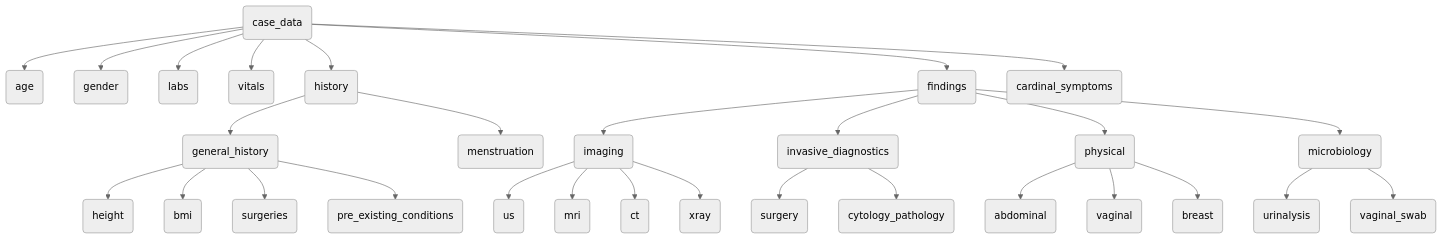
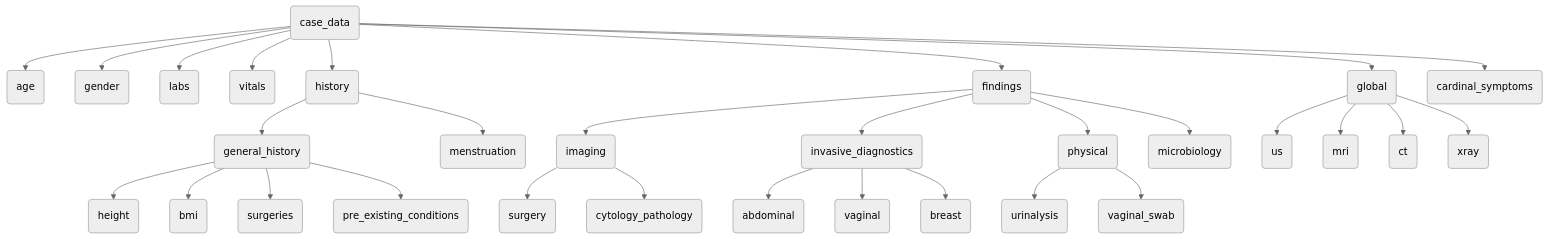
One commit to jan-cieslik/clinicedge_docs changed the diagram in docs/Database_Structure/3_2_2_case_templates.md. Above: the diagram before and after it, drawn with Mermaid (neutral theme). The commit also changed other lines of this file and 2 other files, not shown here.

````diff
--- a/docs/Database_Structure/3_2_2_case_templates.md
+++ b/docs/Database_Structure/3_2_2_case_templates.md
@@ -58,31 +58,32 @@
 ```mermaid
 graph TD 
     A(case_data) --> B(age) 
     A --> C(gender) 
     A --> D(labs) 
     A --> E(vitals) 
     A --> F(history) 
     F --> F1(general_history) 
     F1 --> F2(height) 
     F1 --> F3(bmi) 
     F1 --> F4(surgeries) 
     F1 --> F5(pre_existing_conditions) 
     F --> F6(menstruation) 
     A --> G(findings) 
-    G --> G1(imaging) 
-    G1 --> G11(us) 
-    G1 --> G12(mri) 
-    G1 --> G13(ct) 
-    G1 --> G14(xray) 
-    G --> G2(invasive_diagnostics) 
-    G2 --> G21(surgery) 
-    G2 --> G22(cytology_pathology) 
-    G --> G3(physical) 
-    G3 --> G31(abdominal) 
-    G3 --> G32(vaginal) 
-    G3 --> G33(breast) 
-    G --> G4(microbiology) 
-    G4 --> G41(urinalysis) 
-    G4 --> G42(vaginal_swab) 
+    A --> G1(global) 
+    G --> G2(imaging) 
+    G1 --> G21(us) 
+    G1 --> G22(mri) 
+    G1 --> G23(ct) 
+    G1 --> G24(xray) 
+    G --> G3(invasive_diagnostics) 
+    G2 --> G31(surgery) 
+    G2 --> G32(cytology_pathology) 
+    G --> G4(physical) 
+    G3 --> G41(abdominal) 
+    G3 --> G42(vaginal) 
+    G3 --> G43(breast) 
+    G --> G5(microbiology) 
+    G4 --> G51(urinalysis) 
+    G4 --> G52(vaginal_swab) 
     A --> H(cardinal_symptoms)
 ```
````
